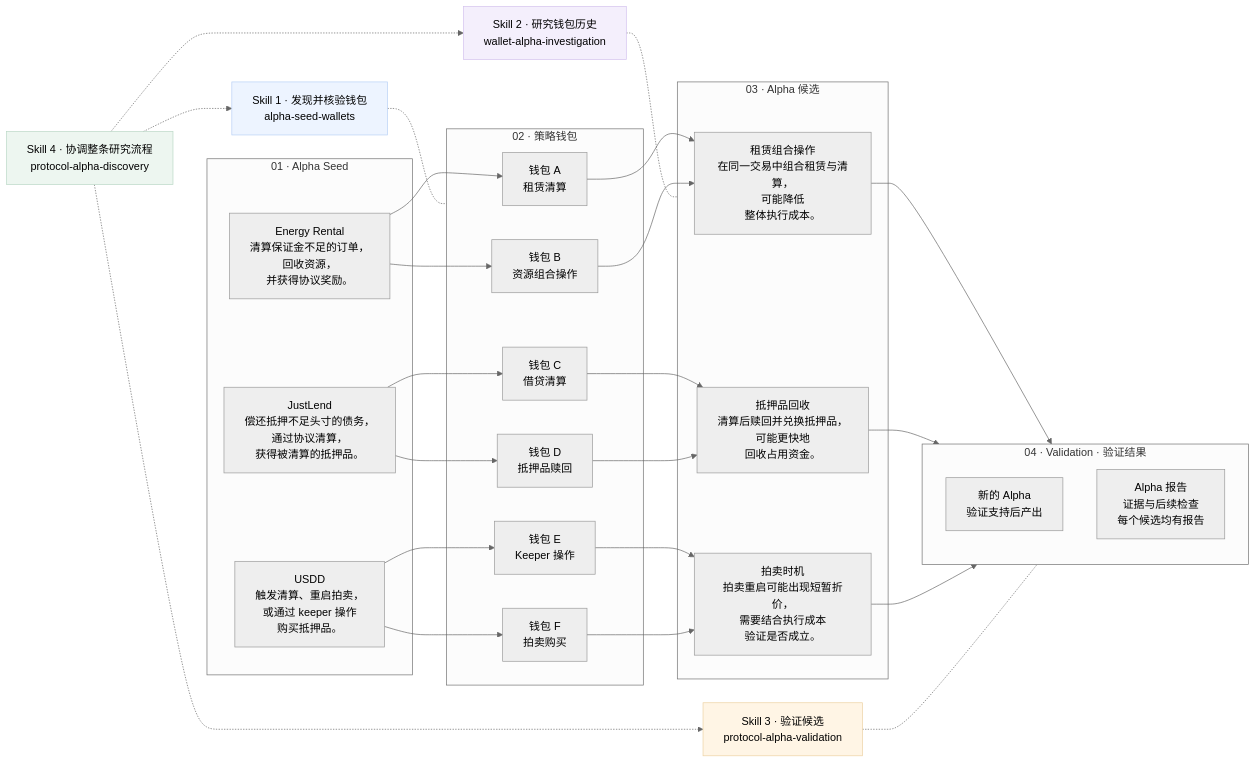
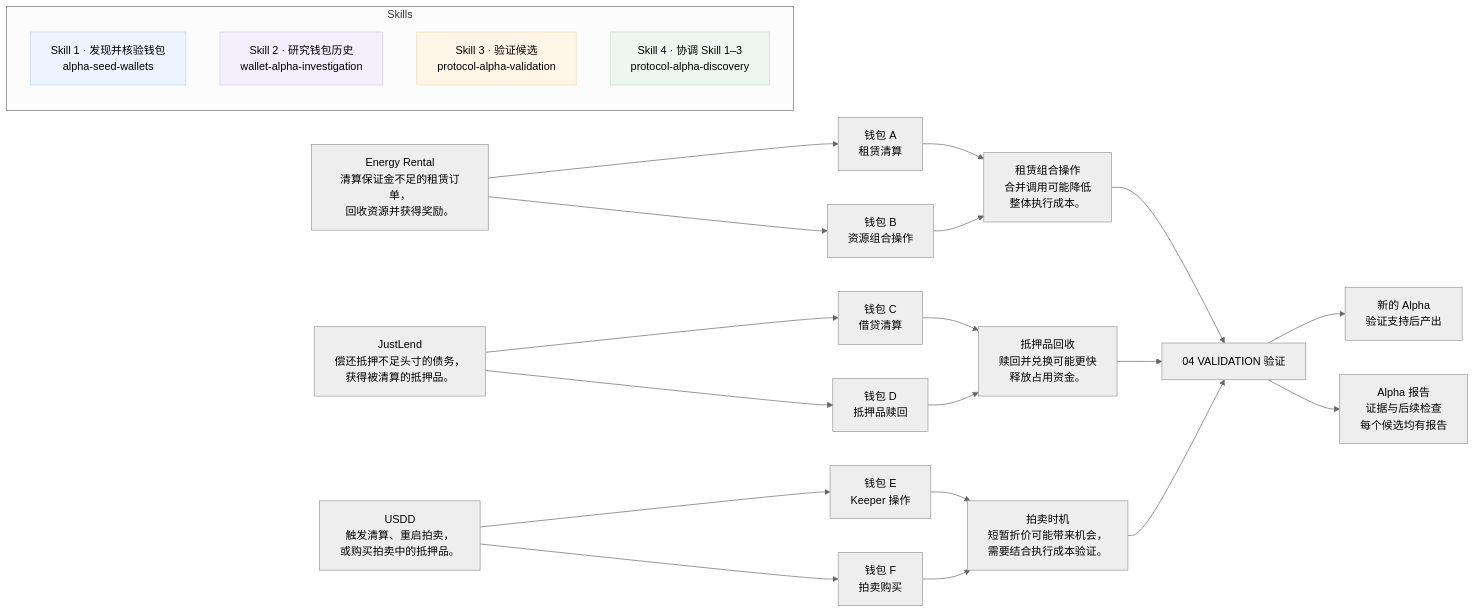
Before and after one commit to qinyh10300/protocol-alpha-finder: the diagram in docs/diagrams/system-architecture-zh-CN.mmd, drawn with Mermaid (neutral theme). The commit also changed 16 other files, not shown here.

Commit message:
docs: redraw research pipeline and add database diagrams

```diff
--- a/docs/diagrams/system-architecture-zh-CN.mmd
+++ b/docs/diagrams/system-architecture-zh-CN.mmd
@@ -1,53 +1,44 @@
-%% Skill 1 labels six seed-to-wallet arrows once. Wallets are illustrative.
+%% Skill labels belong below the flow in the SVG illustration.
 flowchart LR
-    subgraph SEEDS["01 · Alpha Seed"]
-        SEEDS0["Energy Rental<br/>清算保证金不足的订单，<br/>回收资源，<br/>并获得协议奖励。"]
-        SEEDS1["JustLend<br/>偿还抵押不足头寸的债务，<br/>通过协议清算，<br/>获得被清算的抵押品。"]
-        SEEDS2["USDD<br/>触发清算、重启拍卖，<br/>或通过 keeper 操作<br/>购买抵押品。"]
+    SEED0["Energy Rental<br/>清算保证金不足的租赁订单，<br/>回收资源并获得奖励。"]
+    SEED1["JustLend<br/>偿还抵押不足头寸的债务，<br/>获得被清算的抵押品。"]
+    SEED2["USDD<br/>触发清算、重启拍卖，<br/>或购买拍卖中的抵押品。"]
+    WALLET0["钱包 A<br/>租赁清算"]
+    WALLET1["钱包 B<br/>资源组合操作"]
+    WALLET2["钱包 C<br/>借贷清算"]
+    WALLET3["钱包 D<br/>抵押品赎回"]
+    WALLET4["钱包 E<br/>Keeper 操作"]
+    WALLET5["钱包 F<br/>拍卖购买"]
+    CANDIDATE0["租赁组合操作<br/>合并调用可能降低<br/>整体执行成本。"]
+    CANDIDATE1["抵押品回收<br/>赎回并兑换可能更快<br/>释放占用资金。"]
+    CANDIDATE2["拍卖时机<br/>短暂折价可能带来机会，<br/>需要结合执行成本验证。"]
+    SEED0 --> WALLET0
+    WALLET0 --> CANDIDATE0
+    SEED0 --> WALLET1
+    WALLET1 --> CANDIDATE0
+    CANDIDATE0 --> VALIDATION
+    SEED1 --> WALLET2
+    WALLET2 --> CANDIDATE1
+    SEED1 --> WALLET3
+    WALLET3 --> CANDIDATE1
+    CANDIDATE1 --> VALIDATION
+    SEED2 --> WALLET4
+    WALLET4 --> CANDIDATE2
+    SEED2 --> WALLET5
+    WALLET5 --> CANDIDATE2
+    CANDIDATE2 --> VALIDATION
+    VALIDATION["04  VALIDATION 验证"]
+    NEW["新的 Alpha<br/>验证支持后产出"]
+    REPORT["Alpha 报告<br/>证据与后续检查<br/>每个候选均有报告"]
+    VALIDATION --> NEW
+    VALIDATION --> REPORT
+    subgraph SKILLS["Skills"]
+        S0["Skill 1 · 发现并核验钱包<br/>alpha-seed-wallets"]
+        S1["Skill 2 · 研究钱包历史<br/>wallet-alpha-investigation"]
+        S2["Skill 3 · 验证候选<br/>protocol-alpha-validation"]
+        S3["Skill 4 · 协调 Skill 1–3<br/>protocol-alpha-discovery"]
     end
-    subgraph WALLETS["02 · 策略钱包"]
-        WALLETS0["钱包 A<br/>租赁清算"]
-        WALLETS1["钱包 B<br/>资源组合操作"]
-        WALLETS2["钱包 C<br/>借贷清算"]
-        WALLETS3["钱包 D<br/>抵押品赎回"]
-        WALLETS4["钱包 E<br/>Keeper 操作"]
-        WALLETS5["钱包 F<br/>拍卖购买"]
-    end
-    subgraph CANDIDATES["03 · Alpha 候选"]
-        CANDIDATES0["租赁组合操作<br/>在同一交易中组合租赁与清算，<br/>可能降低<br/>整体执行成本。"]
-        CANDIDATES1["抵押品回收<br/>清算后赎回并兑换抵押品，<br/>可能更快地<br/>回收占用资金。"]
-        CANDIDATES2["拍卖时机<br/>拍卖重启可能出现短暂折价，<br/>需要结合执行成本<br/>验证是否成立。"]
-    end
-    subgraph RESULTS["04 · Validation · 验证结果"]
-        ALPHA["新的 Alpha<br/>验证支持后产出"]
-        REPORT["Alpha 报告<br/>证据与后续检查<br/>每个候选均有报告"]
-    end
-    SEEDS0 --> WALLETS0
-    WALLETS0 --> CANDIDATES0
-    SEEDS0 --> WALLETS1
-    WALLETS1 --> CANDIDATES0
-    CANDIDATES0 --> RESULTS
-    SEEDS1 --> WALLETS2
-    WALLETS2 --> CANDIDATES1
-    SEEDS1 --> WALLETS3
-    WALLETS3 --> CANDIDATES1
-    CANDIDATES1 --> RESULTS
-    SEEDS2 --> WALLETS4
-    WALLETS4 --> CANDIDATES2
-    SEEDS2 --> WALLETS5
-    WALLETS5 --> CANDIDATES2
-    CANDIDATES2 --> RESULTS
-    S0["Skill 1 · 发现并核验钱包<br/>alpha-seed-wallets"]
-    style S0 fill:#edf4ff,stroke:#b7cff5
-    S1["Skill 2 · 研究钱包历史<br/>wallet-alpha-investigation"]
-    style S1 fill:#f4effc,stroke:#d3c2ee
-    S2["Skill 3 · 验证候选<br/>protocol-alpha-validation"]
-    style S2 fill:#fff5e5,stroke:#ecd1a2
-    S3["Skill 4 · 协调整条研究流程<br/>protocol-alpha-discovery"]
-    style S3 fill:#edf6f0,stroke:#bad8c6
-    S0 -.- WALLETS
-    S1 -.- CANDIDATES
-    S2 -.- RESULTS
-    S3 -.-> S0
-    S3 -.-> S1
-    S3 -.-> S2
+    style S0 fill:#edf4ff,stroke:#bfd3f2
+    style S1 fill:#f4effc,stroke:#d8caec
+    style S2 fill:#fff5e6,stroke:#ecd8b5
+    style S3 fill:#edf6f0,stroke:#c5ddce
```
